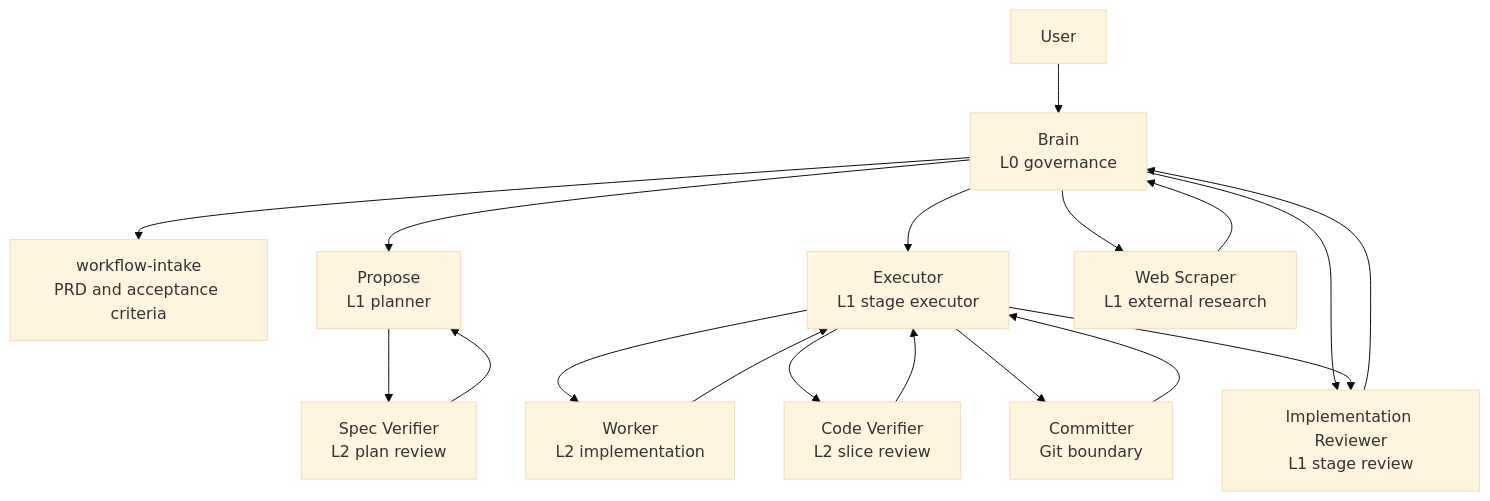
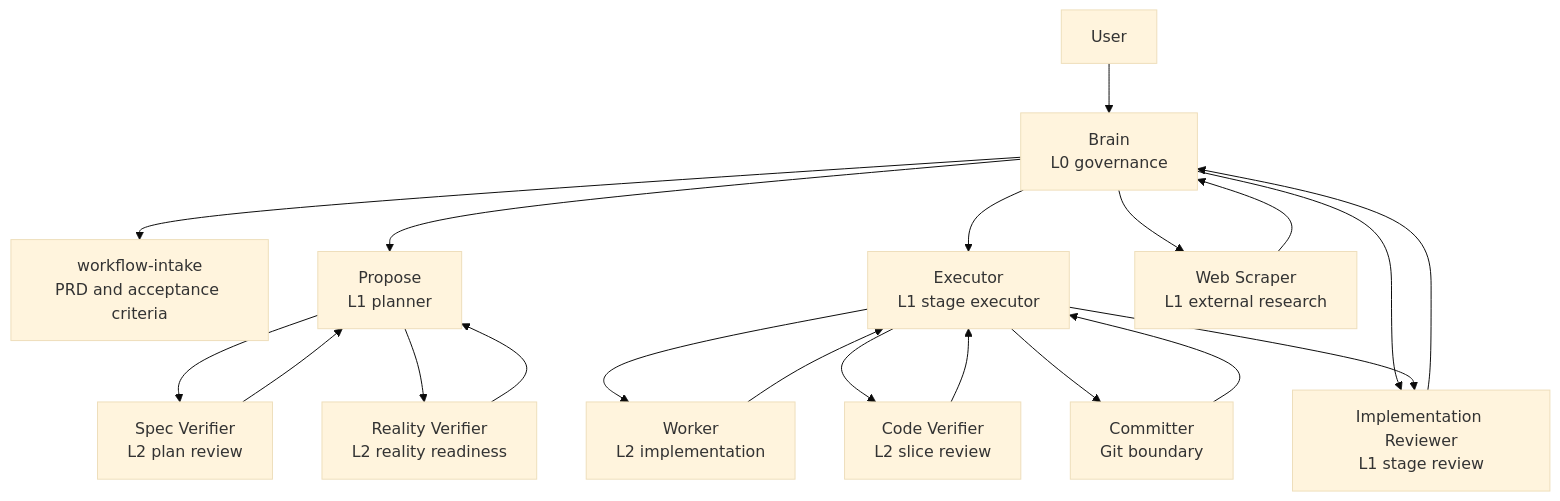
One commit to LZHcode1986/ProofLoop changed the diagram in README.md. Above: the diagram before and after it, drawn with Mermaid (base theme). The commit also changed other lines of this file and 16 other files, not shown here.

````diff
--- a/README.md
+++ b/README.md
@@ -85,22 +85,24 @@
 ```mermaid
 flowchart TD
 		U[User] --> B[Brain\nL0 governance]
 		B --> I[workflow-intake\nPRD and acceptance criteria]
 		B --> P[Propose\nL1 planner]
 		B --> X[Executor\nL1 stage executor]
 		B --> W[Web Scraper\nL1 external research]
 		B --> R[Implementation Reviewer\nL1 stage review]
 
 		P --> SV[Spec Verifier\nL2 plan review]
+		P --> RV[Reality Verifier\nL2 reality readiness]
 		X --> WK[Worker\nL2 implementation]
 		X --> CV[Code Verifier\nL2 slice review]
 		X --> CM[Committer\nGit boundary]
 
 		W --> B
 		SV --> P
+		RV --> P
 		WK --> X
 		CV --> X
 		CM --> X
 		X --> R
 		R --> B
 ```
````
